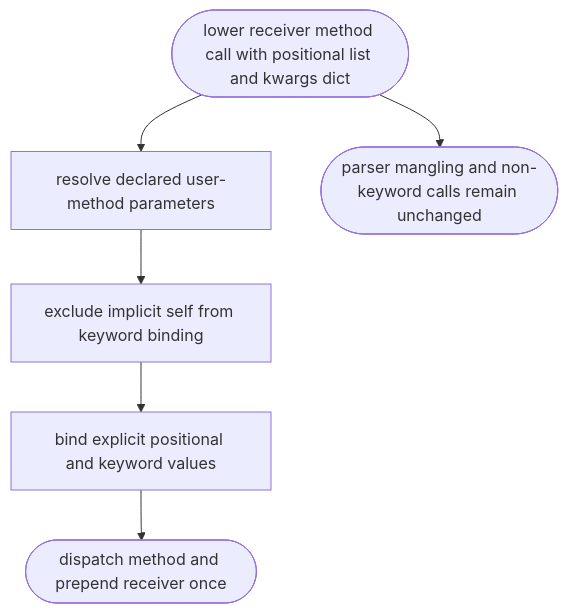
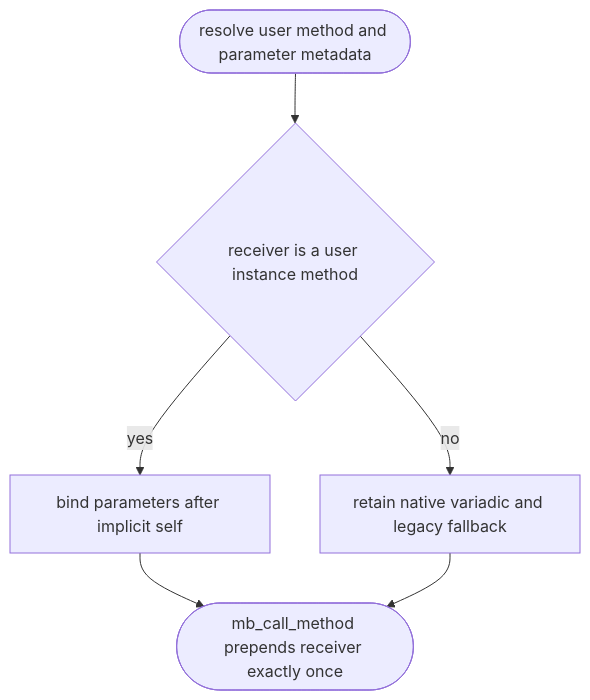
One commit to chrischeng-c4/axiom changed the diagram in .aw/tech-design/projects/mamba/logic/mamba-language-core-bind-instance-method-keywords.md. Above: the diagram before and after it, drawn with Mermaid. The commit also changed other lines of this file, not shown here.

Commit message:
td(1491) — contract section: logic
Lifecycle-Slug: 1491
Work-Item: 1491
Lifecycle-Stage: Td-Contract-Complete
Lifecycle-Phase: td_created
Lifecycle-Pass: contract
TD-Section: logic
Previous-Phase: td_applicability_created
Next-Phase: td_created
Next-Command: aw td gen

````diff
--- a/.aw/tech-design/projects/mamba/logic/mamba-language-core-bind-instance-method-keywords.md
+++ b/.aw/tech-design/projects/mamba/logic/mamba-language-core-bind-instance-method-keywords.md
@@ -10,25 +10,24 @@
 ```mermaid
 ---
-id: mamba-instance-method-keyword-applicability
-entry: user instance method invoked with keyword arguments
+id: mamba-instance-method-keyword-contract
+entry: mb_call_method_kwargs for a user instance method
 nodes:
-  lower: { kind: start, label: lower receiver method call with positional list and kwargs dict }
-  inspect: { kind: process, label: resolve declared user-method parameters }
-  receiver: { kind: process, label: exclude implicit self from keyword binding }
-  bind: { kind: process, label: bind explicit positional and keyword values }
-  dispatch: { kind: terminal, label: dispatch method and prepend receiver once }
-  boundary: { kind: terminal, label: parser mangling and non-keyword calls remain unchanged }
+  resolve: { kind: start, label: resolve user method and parameter metadata }
+  instance: { kind: decision, label: receiver is a user instance method }
+  bindable: { kind: process, label: bind parameters after implicit self }
+  fallback: { kind: process, label: retain native variadic and legacy fallback }
+  dispatch: { kind: terminal, label: mb_call_method prepends receiver exactly once }
 edges:
-  - { from: lower, to: inspect }
-  - { from: inspect, to: receiver }
-  - { from: receiver, to: bind }
-  - { from: bind, to: dispatch }
-  - { from: lower, to: boundary }
+  - { from: resolve, to: instance }
+  - { from: instance, to: bindable, label: yes }
+  - { from: instance, to: fallback, label: no }
+  - { from: bindable, to: dispatch }
+  - { from: fallback, to: dispatch }
 ---
 flowchart TD
-    lower([lower receiver method call with positional list and kwargs dict]) --> inspect[resolve declared user-method parameters]
-    inspect --> receiver[exclude implicit self from keyword binding]
-    receiver --> bind[bind explicit positional and keyword values]
-    bind --> dispatch([dispatch method and prepend receiver once])
-    lower --> boundary([parser mangling and non-keyword calls remain unchanged])
+    resolve([resolve user method and parameter metadata]) --> instance{receiver is a user instance method}
+    instance -- yes --> bindable[bind parameters after implicit self]
+    instance -- no --> fallback[retain native variadic and legacy fallback]
+    bindable --> dispatch([mb_call_method prepends receiver exactly once])
+    fallback --> dispatch
 ```
````
